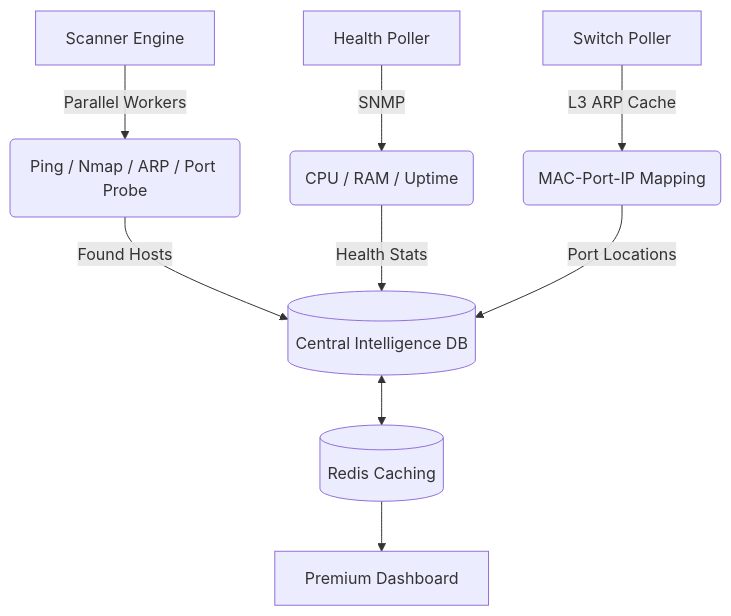
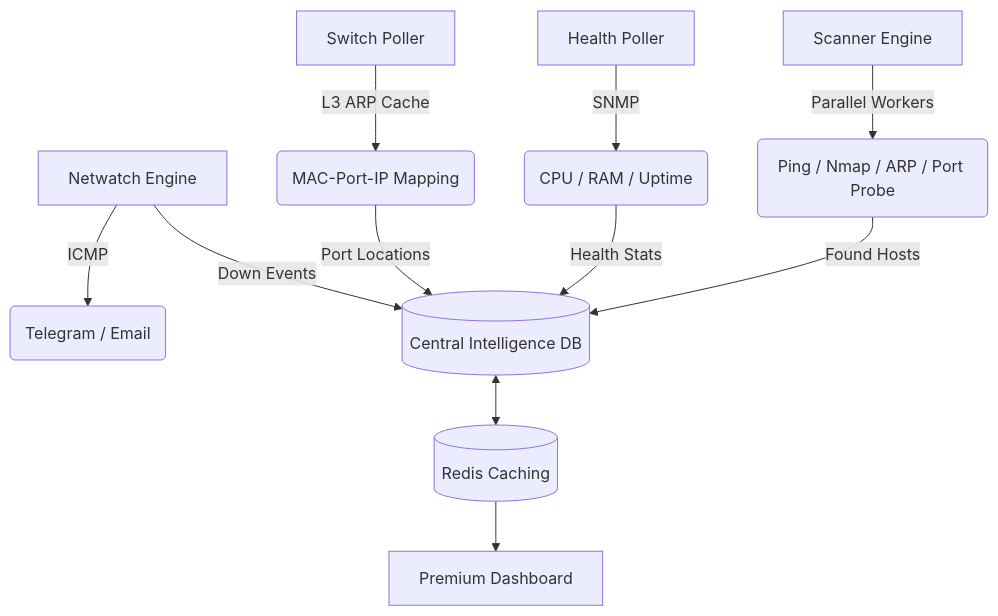
Before and after one commit to frambudi75/IP-Manage: the diagram in README.md, drawn with Mermaid. The commit also changed other lines of this file and 1 other file, not shown here.

````diff
--- a/README.md
+++ b/README.md
@@ -10,13 +17,15 @@
 ```mermaid
 graph TD
     A[Scanner Engine] -->|Parallel Workers| B(Ping / Nmap / ARP / Port Probe)
     C[Health Poller] -->|SNMP| D(CPU / RAM / Uptime)
     E[Switch Poller] -->|L3 ARP Cache| F(MAC-Port-IP Mapping)
+    NW[Netwatch Engine] -->|ICMP| NW_ALERT(Telegram / Email)
     G[(Central Intelligence DB)]
     R[(Redis Caching)]
     B -->|Found Hosts| G
     D -->|Health Stats| G
     F -->|Port Locations| G
+    NW -->|Down Events| G
     G <--> R
     R --> H[Premium Dashboard]
 ```
````
